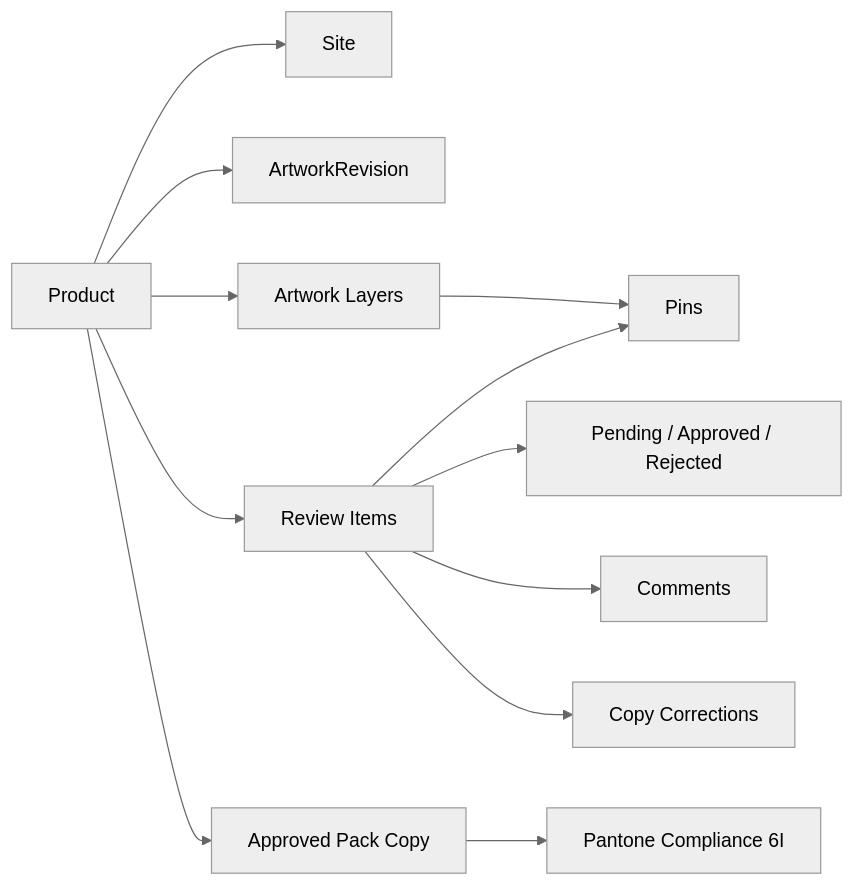
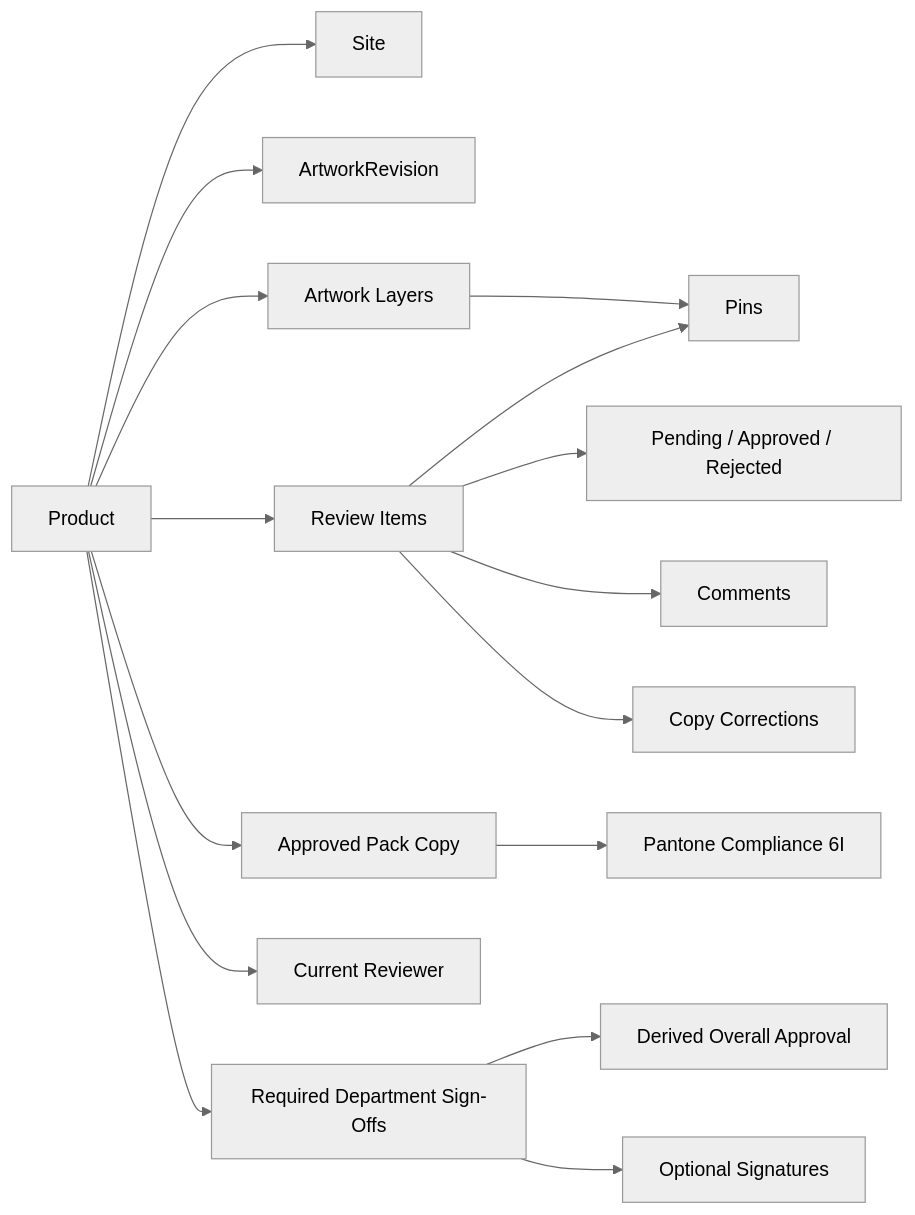
Before and after one commit to samantharissicy/artwork-checklist: the diagram in docs/domain/domain-overview.md, drawn with Mermaid (neutral theme). The commit also changed other lines of this file and 43 other files, not shown here.

````diff
--- a/docs/domain/domain-overview.md
+++ b/docs/domain/domain-overview.md
@@ -11,14 +11,18 @@
 ```mermaid
 flowchart LR
   Product --> Site
   Product --> ArtworkRevision
   Product --> Layers[Artwork Layers]
   Layers --> Pins[Pins]
   Product --> Items[Review Items]
   Items --> Status[Pending / Approved / Rejected]
   Items --> Comments[Comments]
   Items --> Corrections[Copy Corrections]
   Items --> Pins
   Product --> PackCopy[Approved Pack Copy]
   PackCopy --> Pantone[Pantone Compliance 6I]
+  Product --> Reviewer[Current Reviewer]
+  Product --> SignOffs[Required Department Sign-Offs]
+  SignOffs --> Overall[Derived Overall Approval]
+  SignOffs --> Signatures[Optional Signatures]
 ```
````
